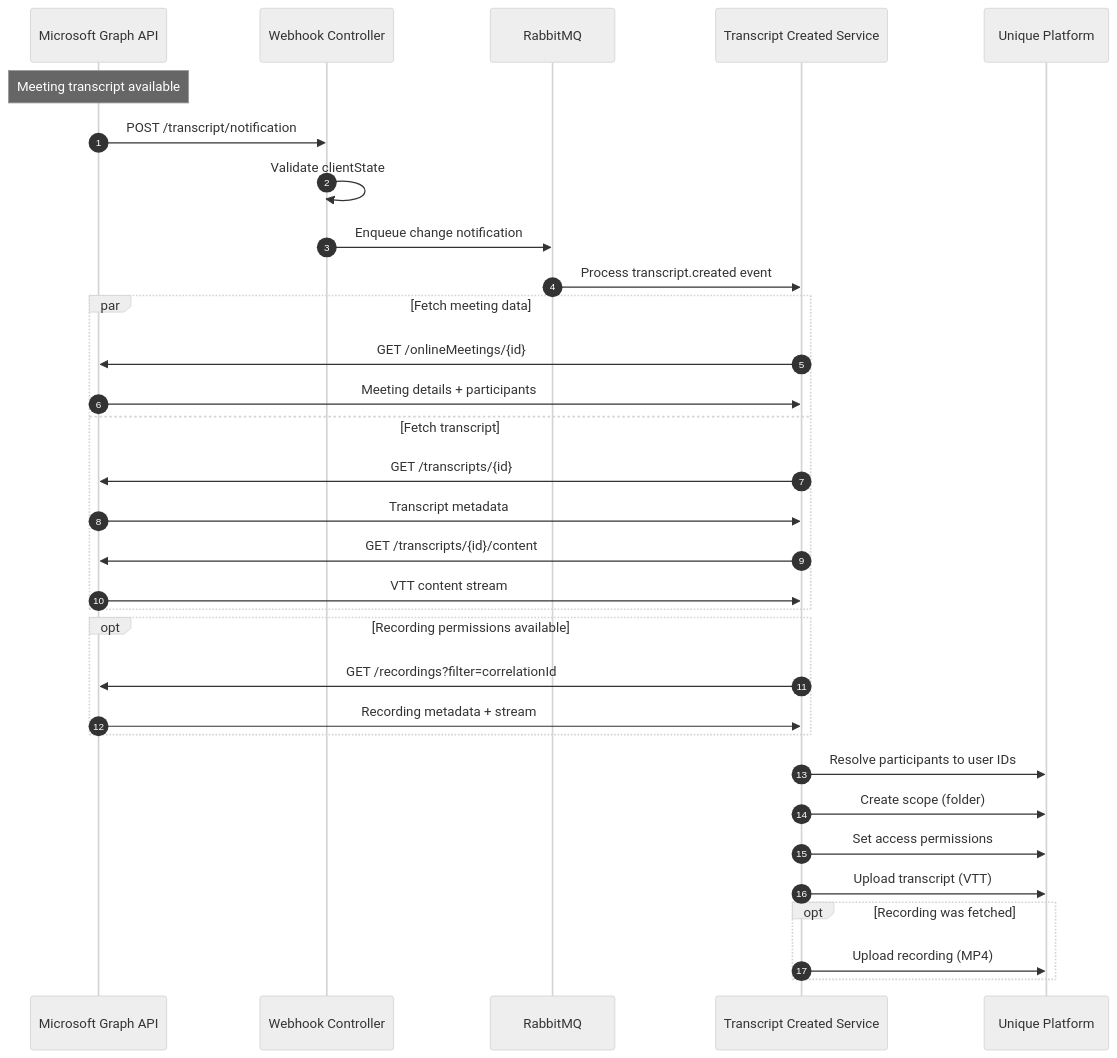
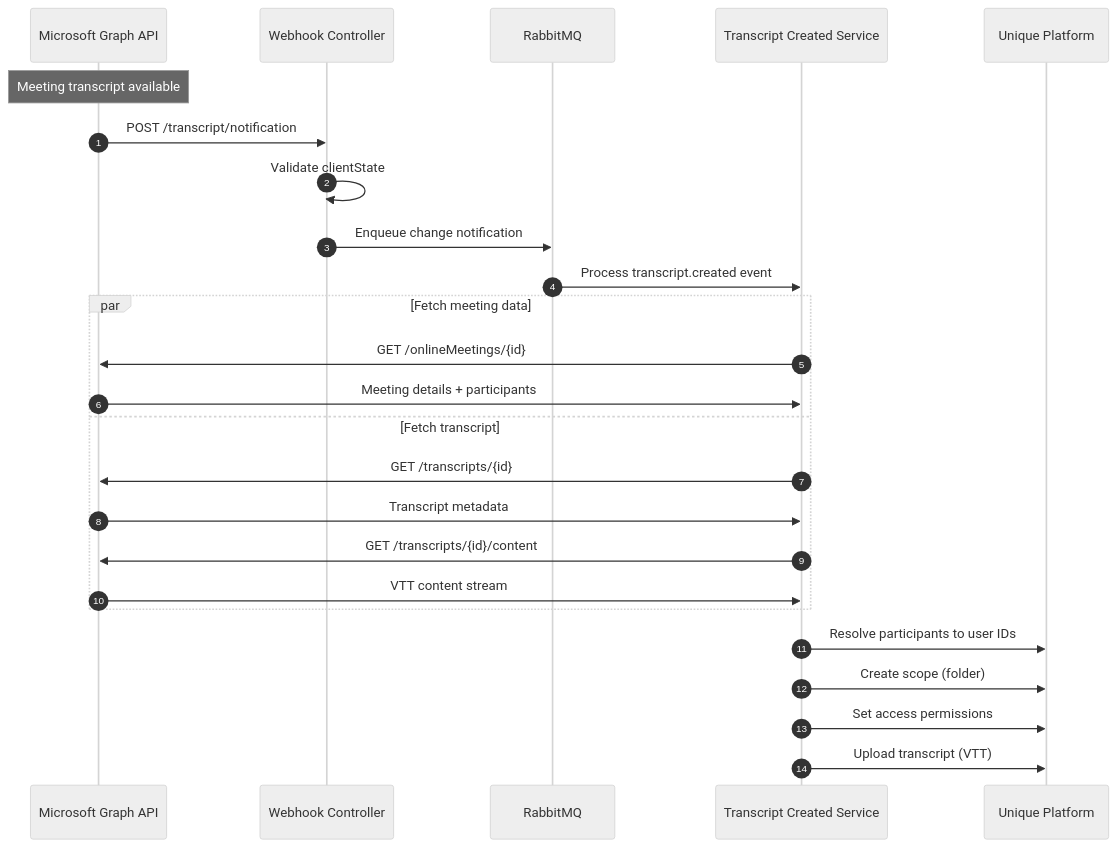
Before and after one commit to Unique-AG/connectors: the seventh of 8 diagrams in services/teams-mcp/docs/technical/flows.md, drawn with Mermaid. The commit also changed other lines of this file and 3 other files, not shown here.

````diff
--- a/services/teams-mcp/docs/technical/flows.md
+++ b/services/teams-mcp/docs/technical/flows.md
@@ -223,41 +223,32 @@
 ```mermaid
 %%{init: {'theme': 'neutral', 'themeVariables': { 'fontSize': '14px' }}}%%
 sequenceDiagram
     autonumber
     participant MSGraph as Microsoft Graph API
     participant Controller as Webhook Controller
     participant RabbitMQ
     participant Service as Transcript Created Service
     participant Unique as Unique Platform
 
     Note over MSGraph: Meeting transcript available
     MSGraph->>Controller: POST /transcript/notification
     Controller->>Controller: Validate clientState
     Controller->>RabbitMQ: Enqueue change notification
 
     RabbitMQ->>Service: Process transcript.created event
 
     par Fetch meeting data
         Service->>MSGraph: GET /onlineMeetings/{id}
         MSGraph->>Service: Meeting details + participants
     and Fetch transcript
         Service->>MSGraph: GET /transcripts/{id}
         MSGraph->>Service: Transcript metadata
         Service->>MSGraph: GET /transcripts/{id}/content
         MSGraph->>Service: VTT content stream
     end
 
-    opt Recording permissions available
-        Service->>MSGraph: GET /recordings?filter=correlationId
-        MSGraph->>Service: Recording metadata + stream
-    end
-
     Service->>Unique: Resolve participants to user IDs
     Service->>Unique: Create scope (folder)
     Service->>Unique: Set access permissions
     Service->>Unique: Upload transcript (VTT)
-
-    opt Recording was fetched
-        Service->>Unique: Upload recording (MP4)
-    end
 ```
````
